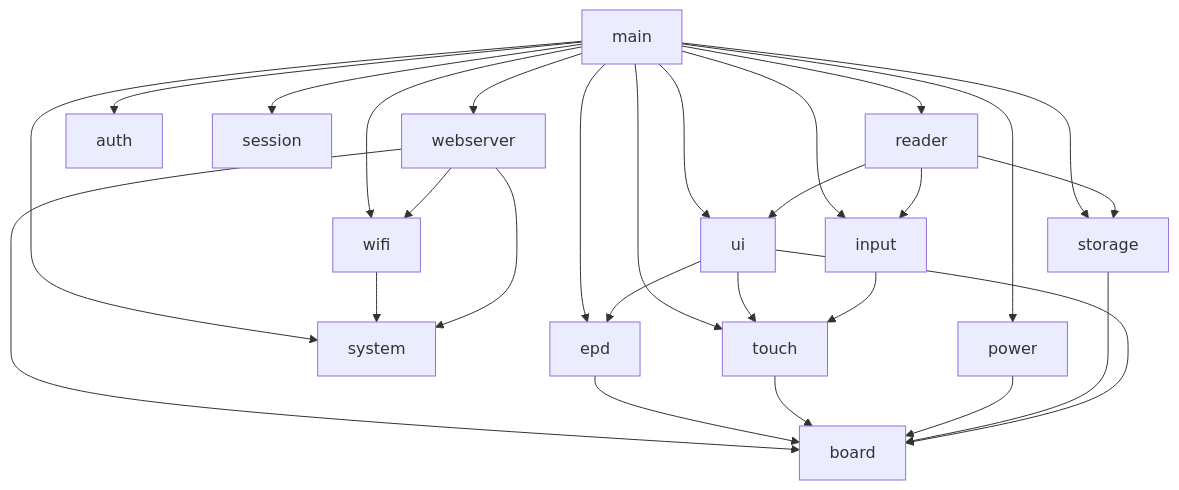
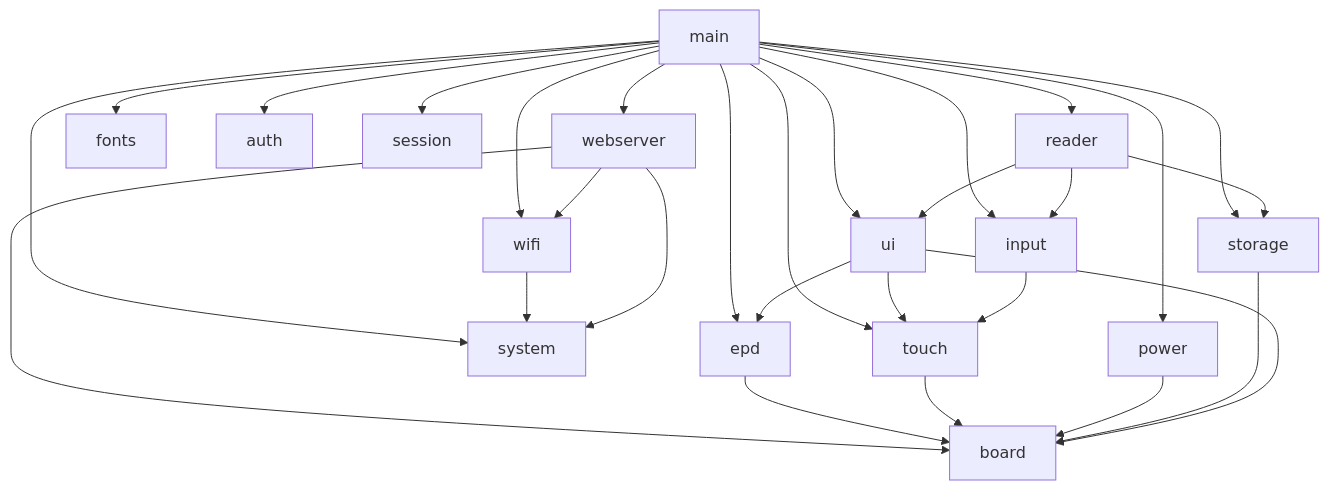
The second of 2 diagrams in README.md (xiaobaoaaaaaa/ESPaperPlay), drawn with Mermaid before and after one commit. The commit also changed other lines of this file and 15 other files, not shown here.

````diff
--- a/README.md
+++ b/README.md
@@ -453,35 +540,36 @@
 ```mermaid
 graph TD
     main[main] --> reader[reader]
     main --> ui[ui]
+    main --> fonts[fonts]
     main --> input[input]
     main --> power[power]
     main --> storage[storage]
     main --> system[system]
     main --> auth[auth]
     main --> session[session]
     main --> wifi[wifi]
     main --> webserver[webserver]
     main --> touch[touch]
     main --> epd[epd]
 
     wifi --> system
     webserver --> system
     webserver --> wifi
     webserver --> board
 
     reader --> ui
     reader --> input
     reader --> storage
 
     ui --> epd
     ui --> touch
 
     input --> touch
 
     epd --> board[board]
     touch --> board
     power --> board
     storage --> board
     ui --> board
 ```
````
